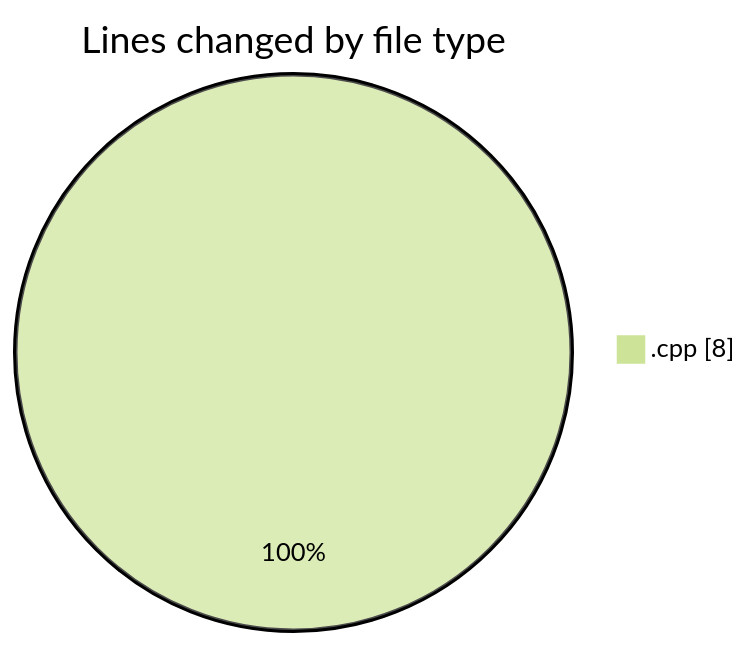
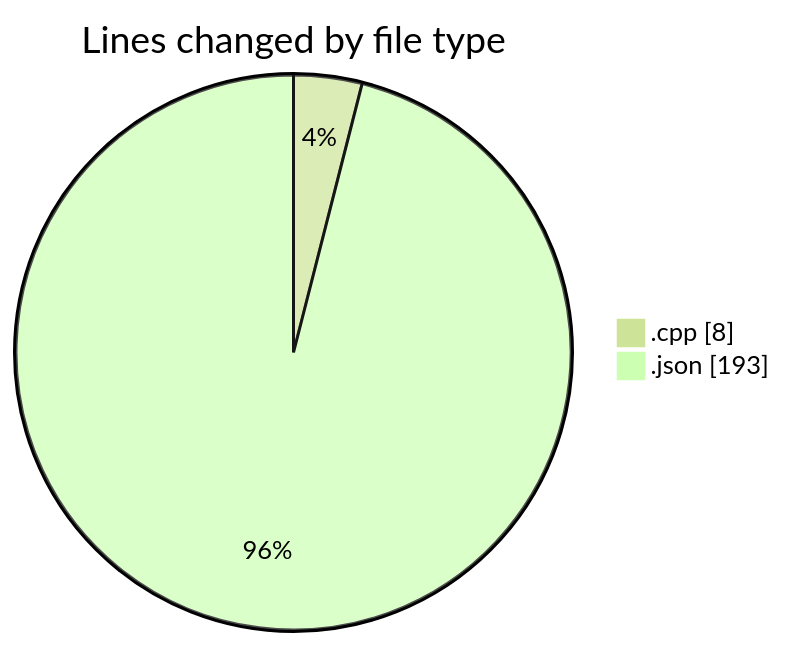
The first of 2 diagrams in 2025-12-08/dsa/README.md (Ritupan-Deka/code-tracking), drawn with Mermaid (forest theme) before and after one commit. The commit also changed other lines of this file and 1 other file, not shown here.

````diff
--- a/2025-12-08/dsa/README.md
+++ b/2025-12-08/dsa/README.md
@@ -20,5 +22,6 @@
 ```mermaid
 pie showData
 title Lines changed by file type
 ".cpp" : 8
+".json" : 193
 ```
````
